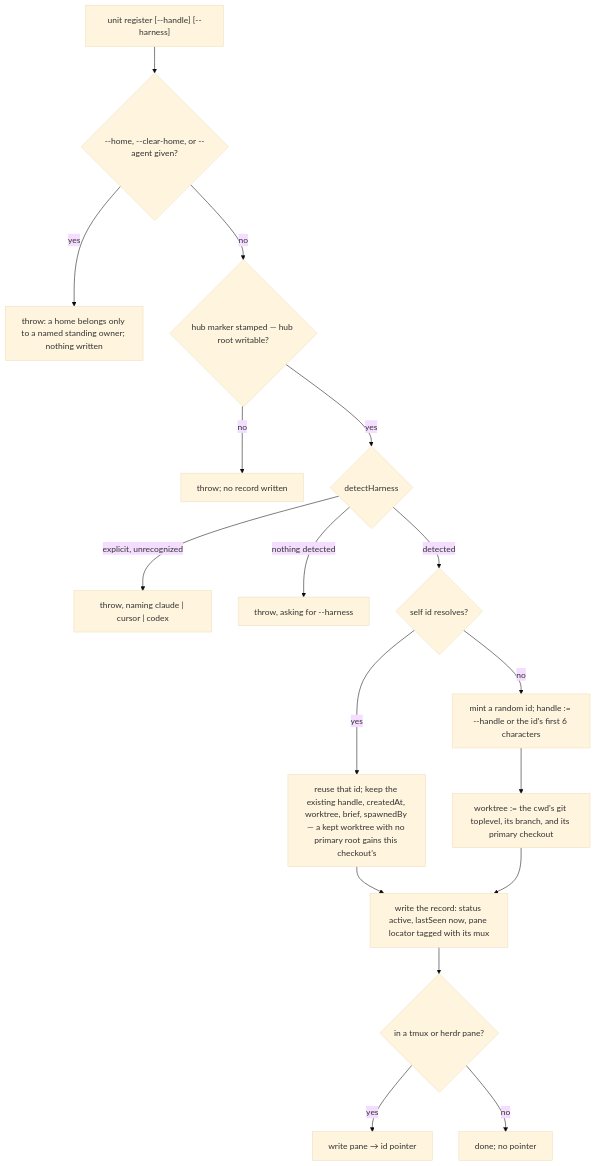
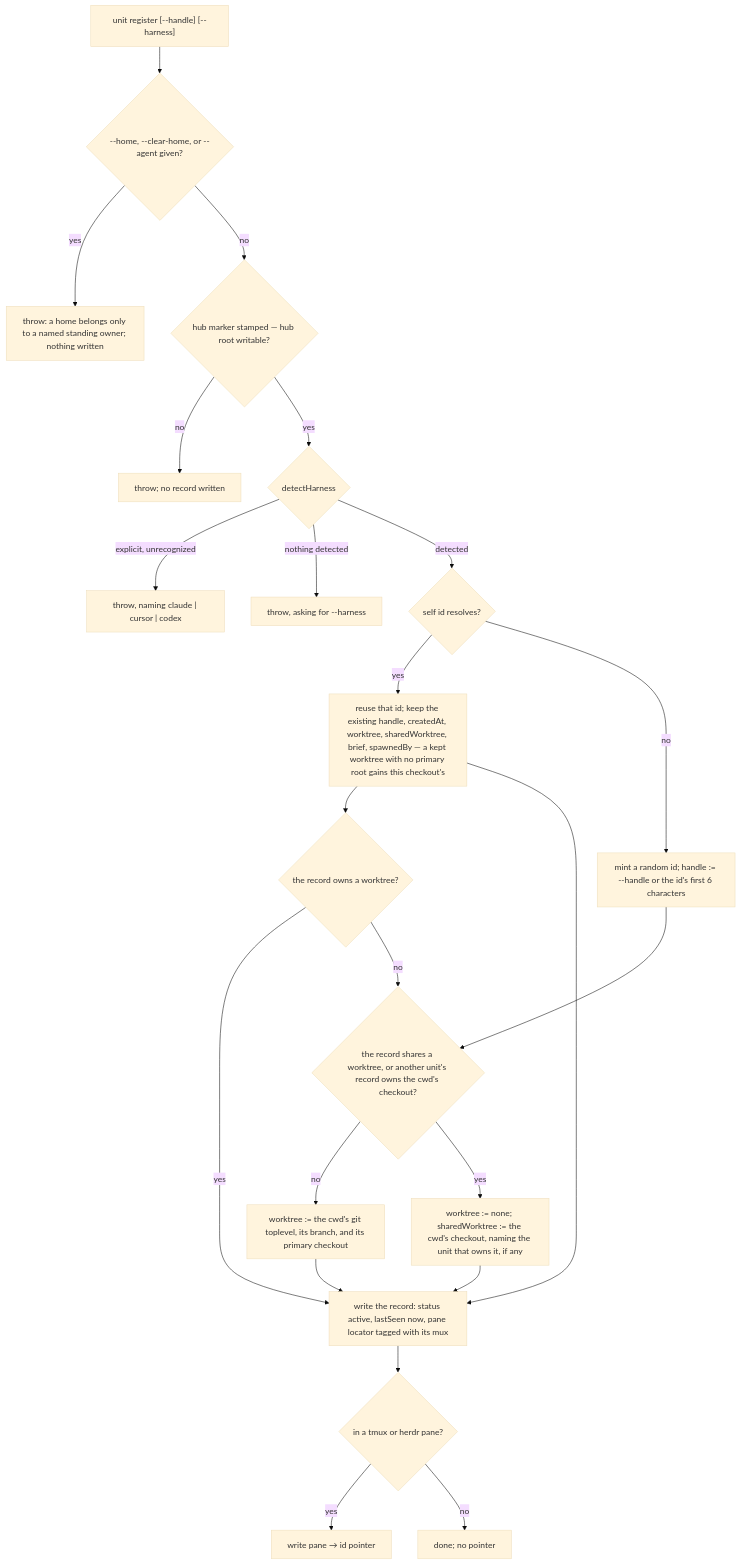
One commit to cyberuni/cyberlegion changed the first of 13 diagrams in packages/cyberlegion/.agents/spec/unit/registry/README.md. Above: the diagram before and after it, drawn with Mermaid (base theme). The commit also changed other lines of this file and 18 other files, not shown here.

First line of the commit message:
feat: record a worktree a unit shares but does not own (#253)

````diff
--- a/packages/cyberlegion/.agents/spec/unit/registry/README.md
+++ b/packages/cyberlegion/.agents/spec/unit/registry/README.md
@@ -406,19 +406,25 @@
 ```mermaid
 graph TD
   RG0["unit register [--handle] [--harness]"] --> RGH{"--home, --clear-home, or --agent given?"}
   RGH -- yes --> RGHX["throw: a home belongs only to a named standing owner; nothing written"]
   RGH -- no --> RG1{"hub marker stamped — hub root writable?"}
   RG1 -- no --> RG1X["throw; no record written"]
   RG1 -- yes --> RG2{"detectHarness"}
   RG2 -- "explicit, unrecognized" --> RG2T["throw, naming claude | cursor | codex"]
   RG2 -- "nothing detected" --> RG2X["throw, asking for --harness"]
   RG2 -- detected --> RG3{"self id resolves?"}
-  RG3 -- yes --> RG4["reuse that id; keep the existing handle, createdAt, worktree, brief, spawnedBy — a kept worktree with no primary root gains this checkout's"]
+  RG3 -- yes --> RG4["reuse that id; keep the existing handle, createdAt, worktree, sharedWorktree, brief, spawnedBy — a kept worktree with no primary root gains this checkout's"]
   RG3 -- no --> RG5["mint a random id; handle := --handle or the id's first 6 characters"]
-  RG5 --> RG5W["worktree := the cwd's git toplevel, its branch, and its primary checkout"]
+  RG5 --> RGS
+  RG4 --> RGK{"the record owns a worktree?"}
+  RGK -- yes --> RG6
+  RGK -- no --> RGS{"the record shares a worktree, or another unit's record owns the cwd's checkout?"}
+  RGS -- no --> RG5W["worktree := the cwd's git toplevel, its branch, and its primary checkout"]
+  RGS -- yes --> RG5S["worktree := none; sharedWorktree := the cwd's checkout, naming the unit that owns it, if any"]
   RG4 --> RG6["write the record: status active, lastSeen now, pane locator tagged with its mux"]
   RG5W --> RG6
+  RG5S --> RG6
   RG6 --> RG7{"in a tmux or herdr pane?"}
   RG7 -- yes --> RG8["write pane → id pointer"]
   RG7 -- no --> RG9["done; no pointer"]
 ```
````
